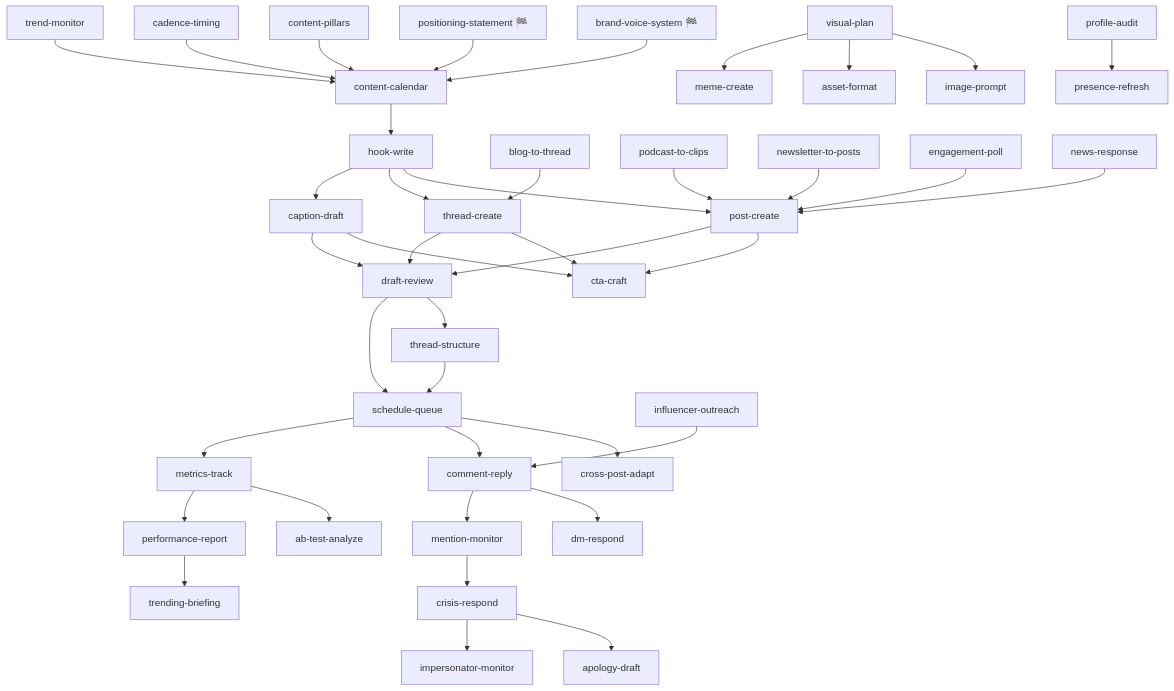
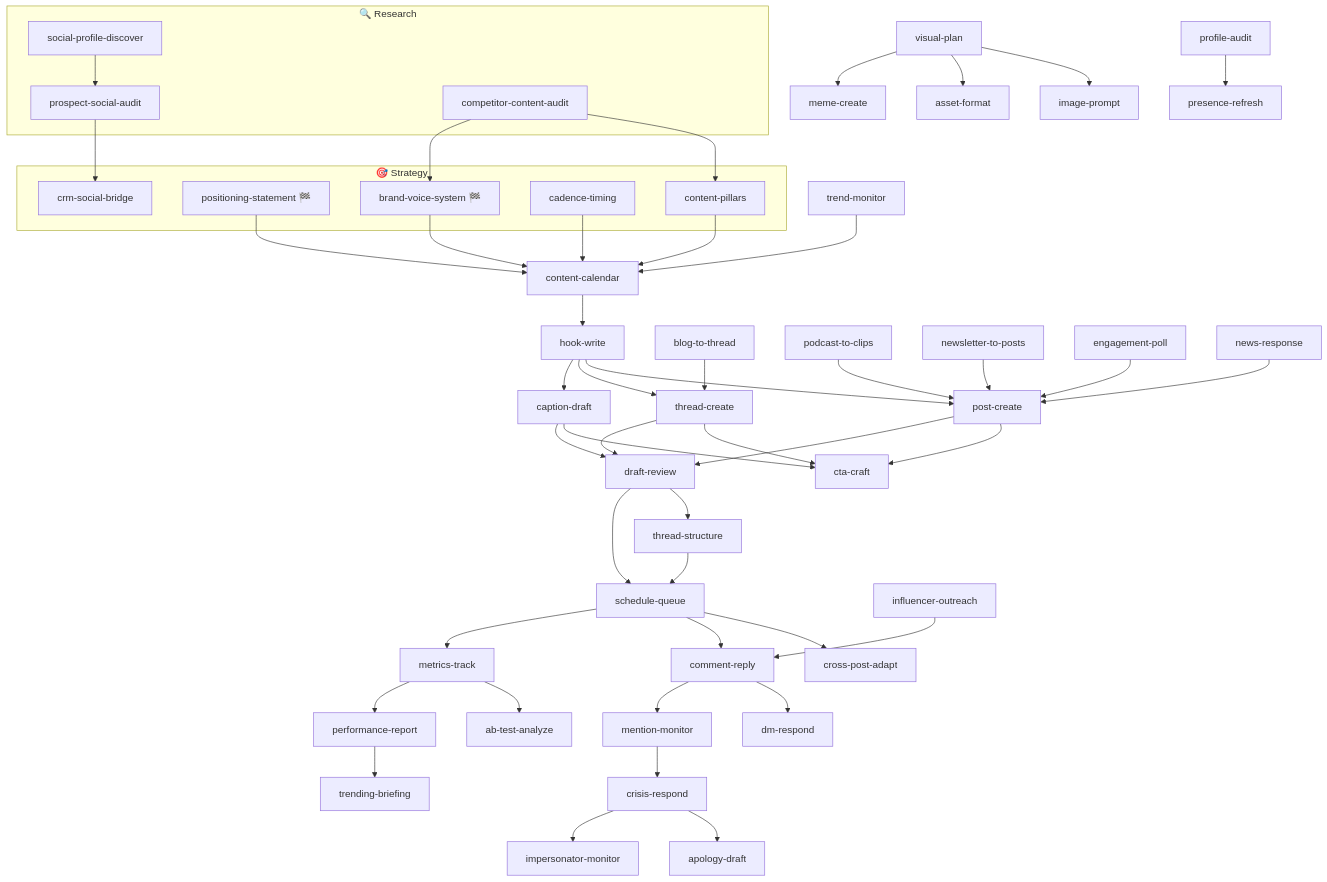
Before and after one commit to gokulb20/Crewm8-Social-Media-Manager-Skill-Graph: the diagram in SKILL_GRAPH.md, drawn with Mermaid. The commit also changed 43 other files, not shown here.

```diff
--- a/SKILL_GRAPH.md
+++ b/SKILL_GRAPH.md
@@ -43,6 +43,25 @@
   IM["impersonator-monitor"]
   PA["profile-audit"]
   PRF["presence-refresh"]
+
+  subgraph research["🔍 Research"]
+    PSA["prospect-social-audit"]
+    SPD["social-profile-discover"]
+    CCA["competitor-content-audit"]
+  end
+
+  subgraph strategy["🎯 Strategy"]
+    BV
+    PS
+    CP
+    CT
+    CSB["crm-social-bridge"]
+  end
+
+  SPD --> PSA
+  PSA --> CSB
+  CCA --> CP
+  CCA --> BV
 
   BV --> CC
   PS --> CC
```
